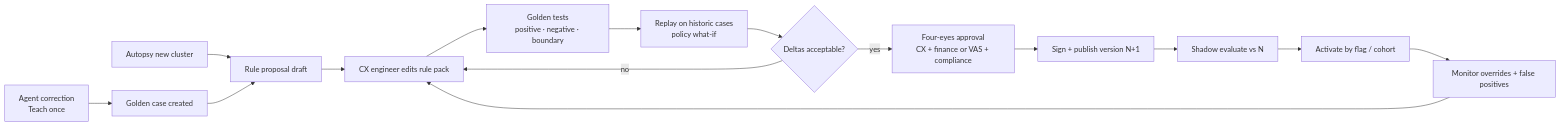
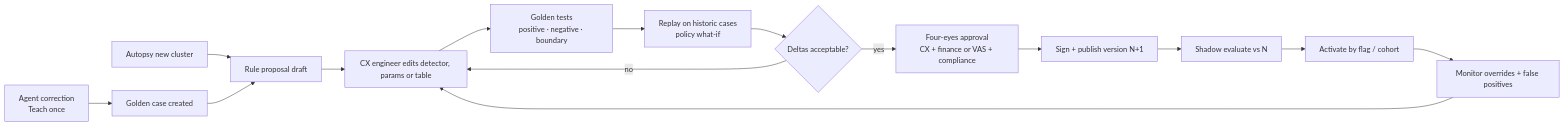
The diagram in docs/enterprise-plan/09-rules-decision-receipts.md (Pasidu-Mihiranga/HutchClarity), drawn with Mermaid before and after one commit. The commit also changed other lines of this file and 103 other files, not shown here.

````diff
--- a/docs/enterprise-plan/09-rules-decision-receipts.md
+++ b/docs/enterprise-plan/09-rules-decision-receipts.md
@@ -71,17 +92,17 @@
 ```mermaid
 flowchart LR
     A["Agent correction<br/>Teach once"] --> B["Golden case created"]
     AU["Autopsy new cluster"] --> C["Rule proposal draft"]
     B --> C
-    C --> D["CX engineer edits rule pack"]
+    C --> D["CX engineer edits detector, params or table"]
     D --> E["Golden tests<br/>positive · negative · boundary"]
     E --> F["Replay on historic cases<br/>policy what-if"]
     F --> G{"Deltas acceptable?"}
     G -- no --> D
     G -- yes --> H["Four-eyes approval<br/>CX + finance or VAS + compliance"]
     H --> I["Sign + publish version N+1"]
     I --> J["Shadow evaluate vs N"]
     J --> K["Activate by flag / cohort"]
     K --> L["Monitor overrides + false positives"]
     L --> D
 ```
````
